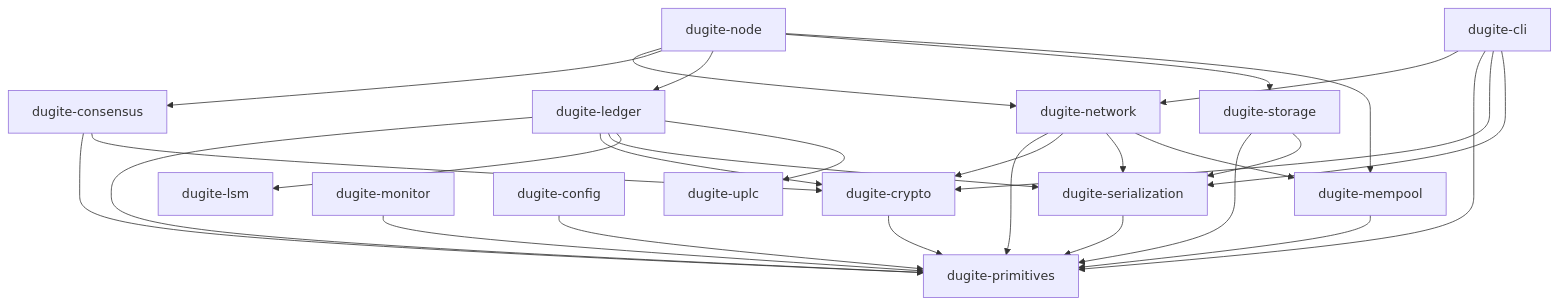
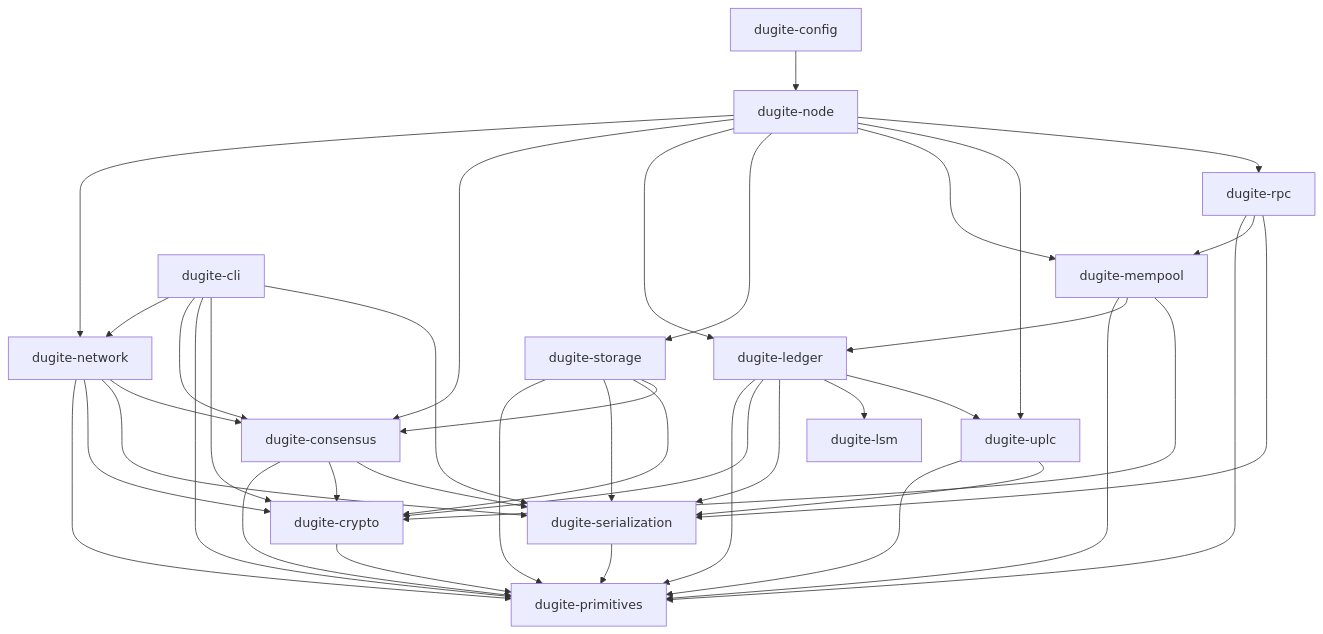
The diagram in docs/src/architecture/overview.md (michaeljfazio/dugite), drawn with Mermaid before and after one commit. The commit also changed other lines of this file and 54 other files, not shown here.

````diff
--- a/docs/src/architecture/overview.md
+++ b/docs/src/architecture/overview.md
@@ -27,30 +30,42 @@
 ```mermaid
 graph TD
     NODE[dugite-node] --> NET[dugite-network]
     NODE --> CONS[dugite-consensus]
     NODE --> LEDGER[dugite-ledger]
     NODE --> STORE[dugite-storage]
     NODE --> POOL[dugite-mempool]
+    NODE --> UPLC[dugite-uplc]
+    NODE --> RPC[dugite-rpc]
     CLI[dugite-cli] --> NET
+    CLI --> CONS
     CLI --> PRIM[dugite-primitives]
     CLI --> CRYPTO[dugite-crypto]
     CLI --> SER[dugite-serialization]
-    MON[dugite-monitor] --> PRIM
-    CFG[dugite-config] --> PRIM
+    CFG[dugite-config] --> NODE
     NET --> PRIM
     NET --> CRYPTO
     NET --> SER
-    NET --> POOL
+    NET --> CONS
     CONS --> PRIM
     CONS --> CRYPTO
+    CONS --> SER
     LEDGER --> PRIM
     LEDGER --> CRYPTO
     LEDGER --> SER
     LEDGER --> LSM[dugite-lsm]
-    LEDGER --> UPLC[dugite-uplc]
+    LEDGER --> UPLC
     STORE --> PRIM
     STORE --> SER
+    STORE --> CRYPTO
+    STORE --> CONS
     POOL --> PRIM
+    POOL --> LEDGER
+    POOL --> CRYPTO
+    RPC --> PRIM
+    RPC --> POOL
+    RPC --> SER
+    UPLC --> PRIM
+    UPLC --> SER
     SER --> PRIM
     CRYPTO --> PRIM
 ```
````
